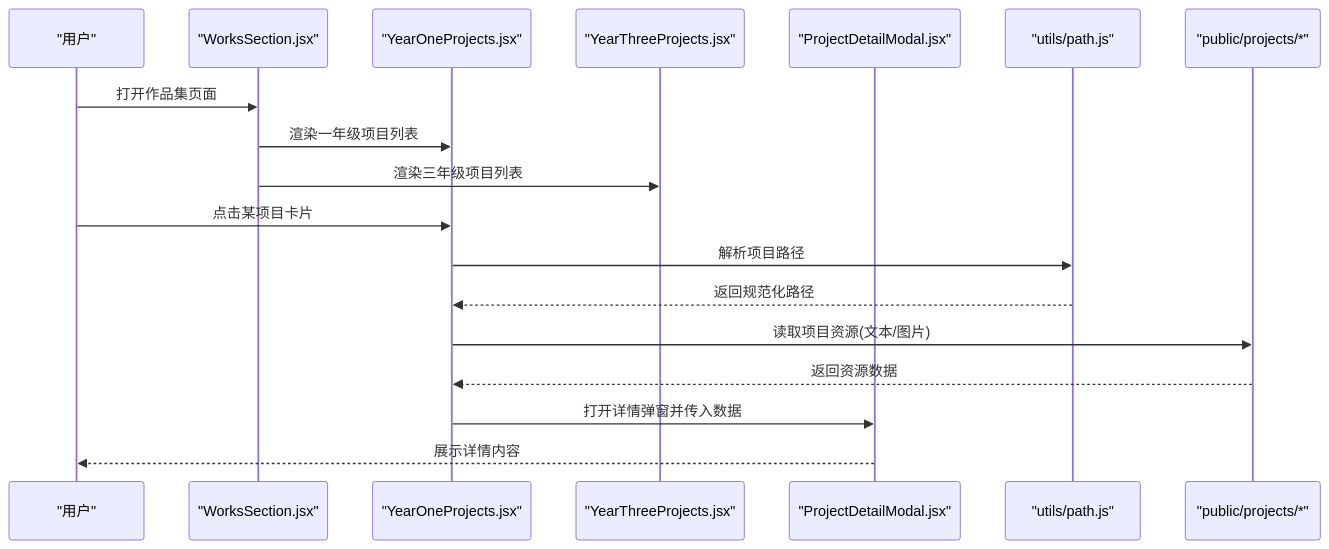
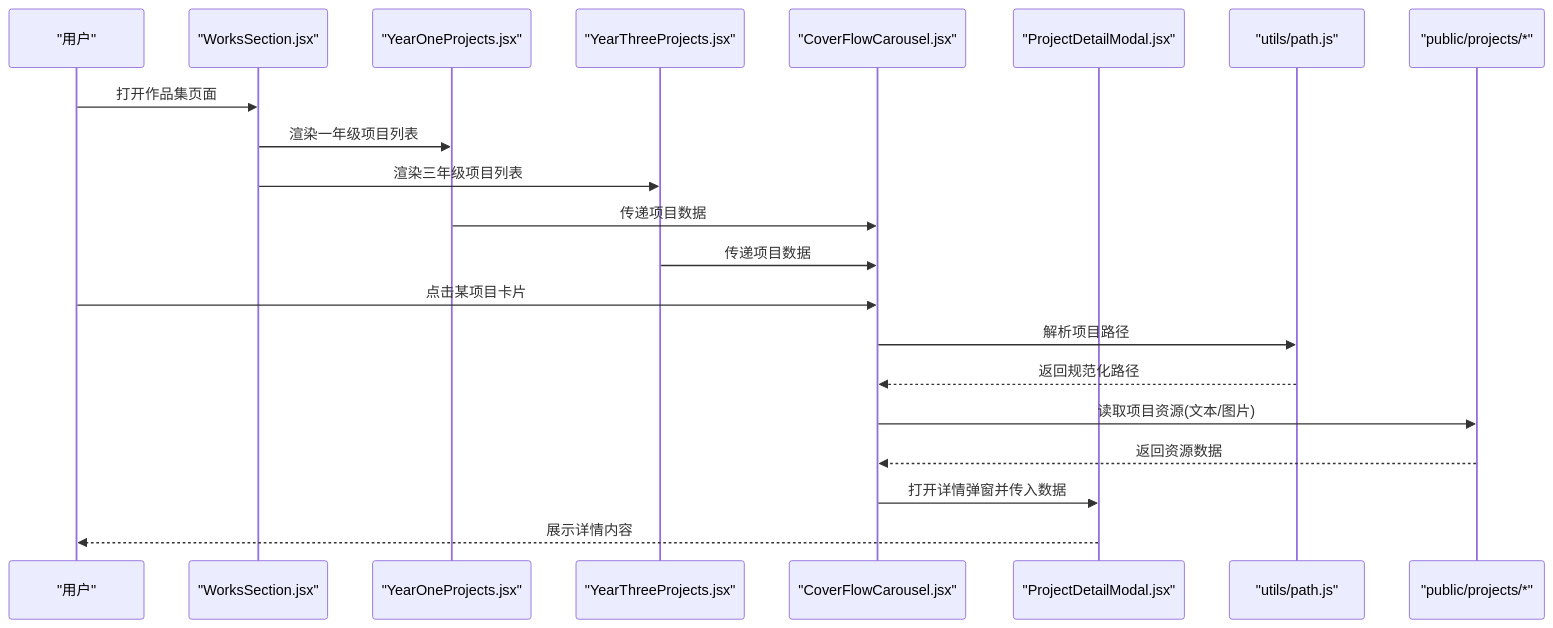
One commit to lithos666/lithos666.github.io changed the second of 6 diagrams in .qoder/repowiki/zh/content/核心功能模块/作品展示组件/年份项目组件.md. Above: the diagram before and after it, drawn with Mermaid. The commit also changed other lines of this file and 51 other files, not shown here.

````diff
--- a/.qoder/repowiki/zh/content/核心功能模块/作品展示组件/年份项目组件.md
+++ b/.qoder/repowiki/zh/content/核心功能模块/作品展示组件/年份项目组件.md
@@ -107,20 +114,23 @@
 ```mermaid
 sequenceDiagram
 participant U as "用户"
 participant WS as "WorksSection.jsx"
 participant Y1 as "YearOneProjects.jsx"
 participant Y3 as "YearThreeProjects.jsx"
+participant CFC as "CoverFlowCarousel.jsx"
 participant PM as "ProjectDetailModal.jsx"
 participant PTH as "utils/path.js"
 participant FS as "public/projects/*"
 U->>WS : 打开作品集页面
 WS->>Y1 : 渲染一年级项目列表
 WS->>Y3 : 渲染三年级项目列表
-U->>Y1 : 点击某项目卡片
-Y1->>PTH : 解析项目路径
-PTH-->>Y1 : 返回规范化路径
-Y1->>FS : 读取项目资源(文本/图片)
-FS-->>Y1 : 返回资源数据
-Y1->>PM : 打开详情弹窗并传入数据
+Y1->>CFC : 传递项目数据
+Y3->>CFC : 传递项目数据
+U->>CFC : 点击某项目卡片
+CFC->>PTH : 解析项目路径
+PTH-->>CFC : 返回规范化路径
+CFC->>FS : 读取项目资源(文本/图片)
+FS-->>CFC : 返回资源数据
+CFC->>PM : 打开详情弹窗并传入数据
 PM-->>U : 展示详情内容
 ```
````
